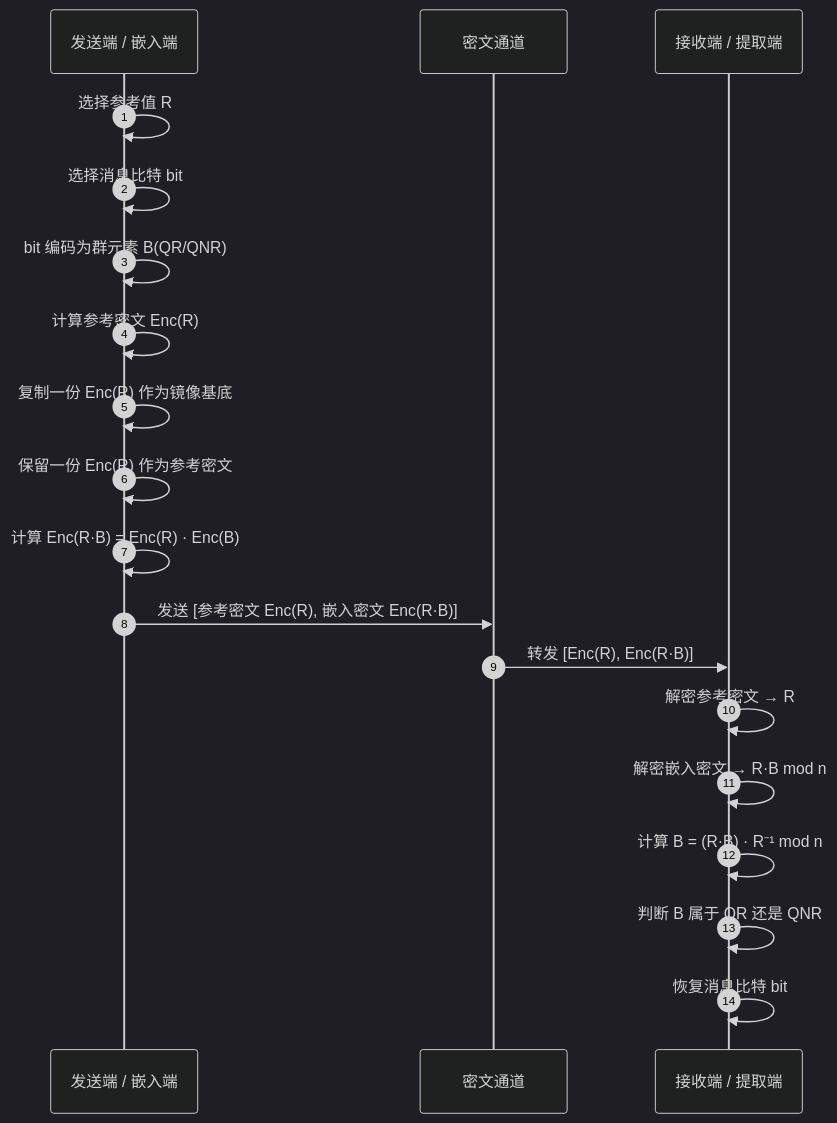
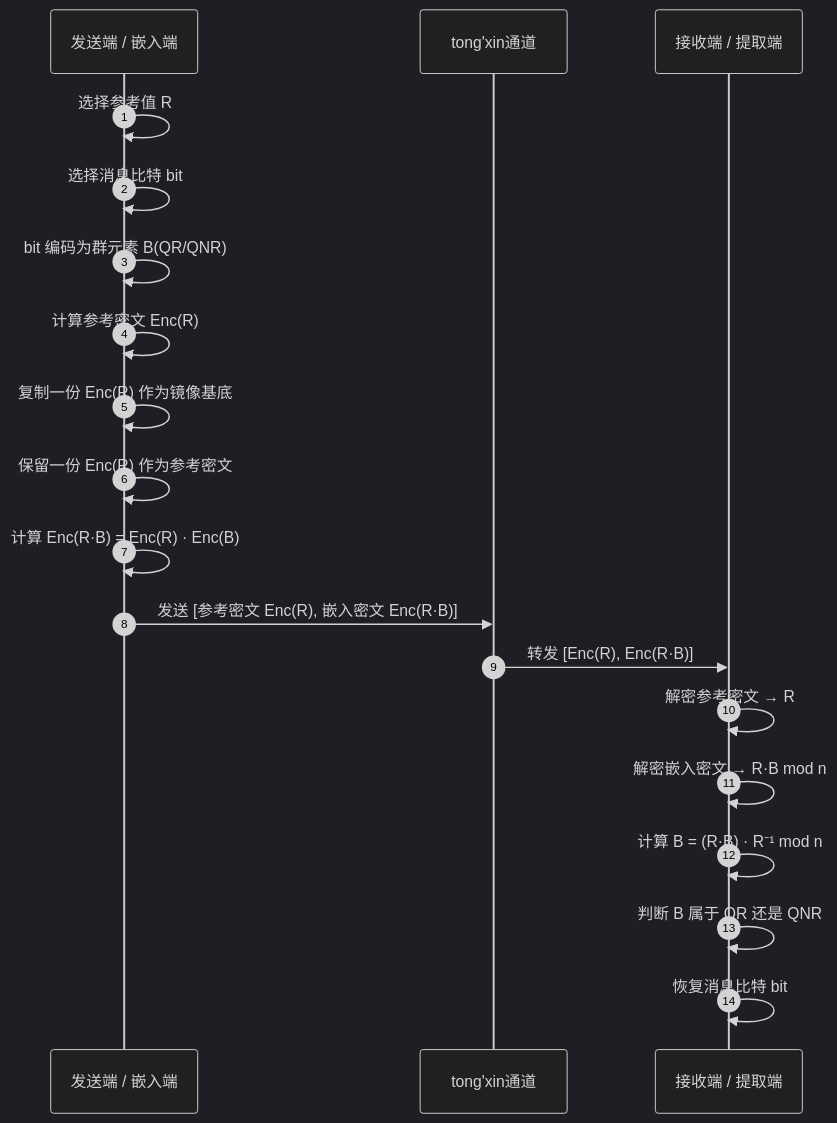
Before and after one commit to TracerWWW/iodraw-files: the diagram in all/同态.md, drawn with Mermaid (dark theme).

Commit message:
2026-03-27 14:01:26 update

````diff
--- a/all/同态.md
+++ b/all/同态.md
@@ -1,27 +1,27 @@
 ```mermaid
 sequenceDiagram
     autonumber
     participant S as 发送端 / 嵌入端
-    participant C as 密文通道
+    participant C as tong'xin通道
     participant R as 接收端 / 提取端
 
 
     S->>S: 选择参考值 R
     S->>S: 选择消息比特 bit
     S->>S: bit 编码为群元素 B(QR/QNR)
 
     S->>S: 计算参考密文 Enc(R)
     S->>S: 复制一份 Enc(R) 作为镜像基底
     S->>S: 保留一份 Enc(R) 作为参考密文
 
     S->>S: 计算 Enc(R·B) = Enc(R) · Enc(B)
     S->>C: 发送 [参考密文 Enc(R), 嵌入密文 Enc(R·B)]
 
     C->>R: 转发 [Enc(R), Enc(R·B)]
 
     R->>R: 解密参考密文 → R
     R->>R: 解密嵌入密文 → R·B mod n
     R->>R: 计算 B = (R·B) · R⁻¹ mod n
     R->>R: 判断 B 属于 QR 还是 QNR
     R->>R: 恢复消息比特 bit
 ```
````
